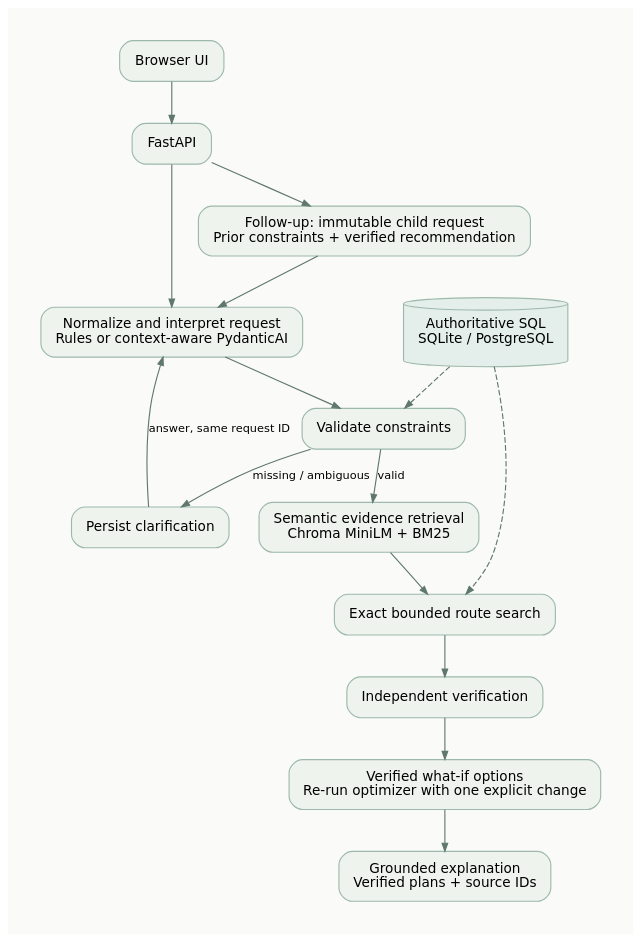
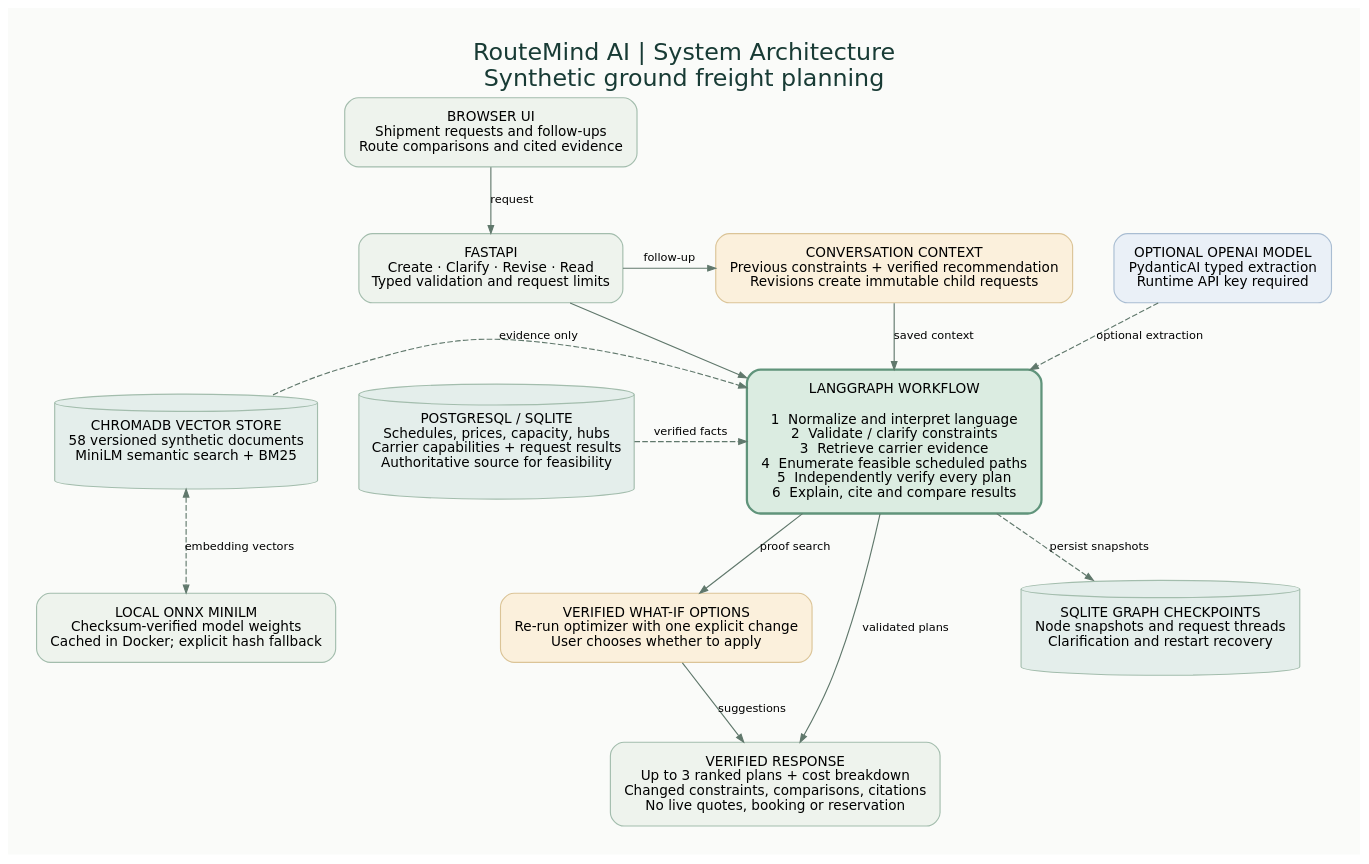
Before and after one commit to chetsp/RouteMind-AI: the diagram in docs/architecture.dot, drawn with Graphviz. The commit also changed 3 other files, not shown here.

Commit message:
Document RouteMind system architecture with component diagram

```diff
--- a/docs/architecture.dot
+++ b/docs/architecture.dot
@@ -1,25 +1,35 @@
 digraph RouteMind {
-  graph [rankdir=TB, bgcolor="#fafbf9", pad="0.4", nodesep="0.35", ranksep="0.5"];
-  node [shape=box, style="rounded,filled", fillcolor="#eef3ed", color="#9db9ab", fontname="DejaVu Sans", fontsize=12, margin="0.18,0.12"];
+  graph [rankdir=TB, bgcolor="#fafbf9", pad="0.35", nodesep="0.5", ranksep="0.65",
+         label="RouteMind AI | System Architecture\nSynthetic ground freight planning", labelloc=t,
+         fontname="DejaVu Sans", fontsize=21, fontcolor="#183b35"];
+  node [shape=box, style="rounded,filled", fillcolor="#eef3ed", color="#a3bdad", fontname="DejaVu Sans", fontsize=12, margin="0.18,0.15"];
   edge [color="#60786c", arrowsize=0.7, fontname="DejaVu Sans", fontsize=10];
-  browser [label="Browser UI"];
-  api [label="FastAPI"];
-  parse [label="Normalize and interpret request\nRules or context-aware PydanticAI"];
-  revision [label="Follow-up: immutable child request\nPrior constraints + verified recommendation"];
-  validate [label="Validate constraints"];
-  clarify [label="Persist clarification"];
-  retrieve [label="Semantic evidence retrieval\nChroma MiniLM + BM25"];
-  optimize [label="Exact bounded route search"];
-  verify [label="Independent verification"];
-  suggestions [label="Verified what-if options\nRe-run optimizer with one explicit change"];
-  explain [label="Grounded explanation\nVerified plans + source IDs"];
-  sql [label="Authoritative SQL\nSQLite / PostgreSQL", shape=cylinder, fillcolor="#e4eeeb"];
-  browser -> api -> parse -> validate;
-  api -> revision -> parse;
-  validate -> clarify [label="missing / ambiguous"];
-  clarify -> parse [label="answer, same request ID"];
-  validate -> retrieve [label="valid"];
-  retrieve -> optimize -> verify -> suggestions -> explain;
-  sql -> validate [style=dashed];
-  sql -> optimize [style=dashed];
+
+  browser [label="BROWSER UI\nShipment requests and follow-ups\nRoute comparisons and cited evidence"];
+  api [label="FASTAPI\nCreate · Clarify · Revise · Read\nTyped validation and request limits"];
+  context [label="CONVERSATION CONTEXT\nPrevious constraints + verified recommendation\nRevisions create immutable child requests", fillcolor="#fbf0dc", color="#dbc497"];
+  llm [label="OPTIONAL OPENAI MODEL\nPydanticAI typed extraction\nRuntime API key required", fillcolor="#eaf0f7", color="#a9bdd2"];
+  workflow [label="LANGGRAPH WORKFLOW\n\n1  Normalize and interpret language\n2  Validate / clarify constraints\n3  Retrieve carrier evidence\n4  Enumerate feasible scheduled paths\n5  Independently verify every plan\n6  Explain, cite and compare results", fillcolor="#dbece1", color="#60947b", penwidth=2];
+  chroma [label="CHROMADB VECTOR STORE\n58 versioned synthetic documents\nMiniLM semantic search + BM25", shape=cylinder, fillcolor="#e4eeeb"];
+  sql [label="POSTGRESQL / SQLITE\nSchedules, prices, capacity, hubs\nCarrier capabilities + request results\nAuthoritative source for feasibility", shape=cylinder, fillcolor="#e4eeeb"];
+  model [label="LOCAL ONNX MINILM\nChecksum-verified model weights\nCached in Docker; explicit hash fallback"];
+  checkpoints [label="SQLITE GRAPH CHECKPOINTS\nNode snapshots and request threads\nClarification and restart recovery", shape=cylinder, fillcolor="#e4eeeb"];
+  whatif [label="VERIFIED WHAT-IF OPTIONS\nRe-run optimizer with one explicit change\nUser chooses whether to apply", fillcolor="#fbf0dc", color="#dbc497"];
+  result [label="VERIFIED RESPONSE\nUp to 3 ranked plans + cost breakdown\nChanged constraints, comparisons, citations\nNo live quotes, booking or reservation"];
+
+  {rank=same; llm; api; context;}
+  {rank=same; chroma; workflow; sql;}
+  {rank=same; model; whatif; checkpoints;}
+  browser -> api [label="request"];
+  api -> workflow;
+  api -> context [label="follow-up"];
+  context -> workflow [label="saved context"];
+  llm -> workflow [label="optional extraction", style=dashed];
+  chroma -> workflow [label="evidence only", style=dashed];
+  sql -> workflow [label="verified facts", style=dashed];
+  workflow -> checkpoints [label="persist snapshots", style=dashed];
+  chroma -> model [label="embedding vectors", dir=both, style=dashed];
+  workflow -> whatif [label="proof search"];
+  whatif -> result [label="suggestions"];
+  workflow -> result [label="validated plans"];
 }
```
